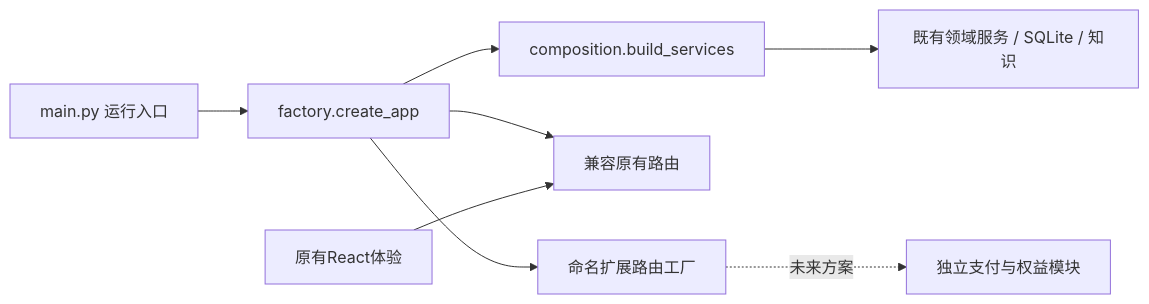
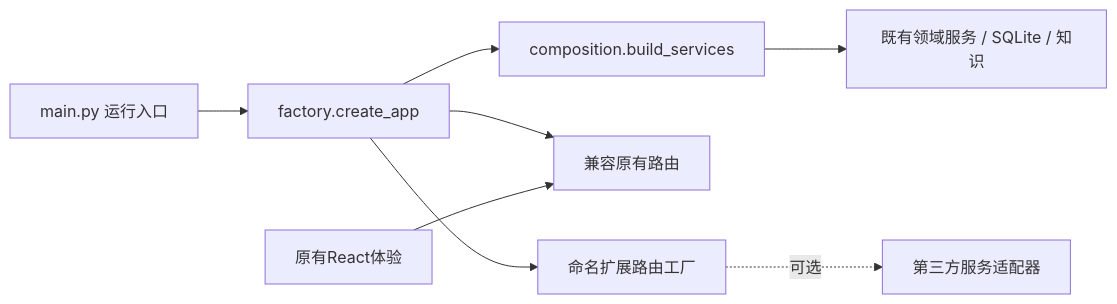
Before and after one commit to Nah1zuj/codex-loreal-continuous-update: the diagram in docs/ARCHITECTURE.md, drawn with Mermaid. The commit also changed other lines of this file and 41 other files, not shown here.

````diff
--- a/docs/ARCHITECTURE.md
+++ b/docs/ARCHITECTURE.md
@@ -11,10 +11,10 @@
 ```mermaid
 flowchart LR
  Entry[main.py 运行入口] --> Factory[factory.create_app]
  Factory --> Compose[composition.build_services]
  Compose --> Core[既有领域服务 / SQLite / 知识]
  Factory --> Existing[兼容原有路由]
  Factory --> Extensions[命名扩展路由工厂]
- Extensions -.未来方案.-> Commerce[独立支付与权益模块]
+ Extensions -.可选.-> Adapter[第三方服务适配器]
  UI[原有React体验] --> Existing
 ```
````
